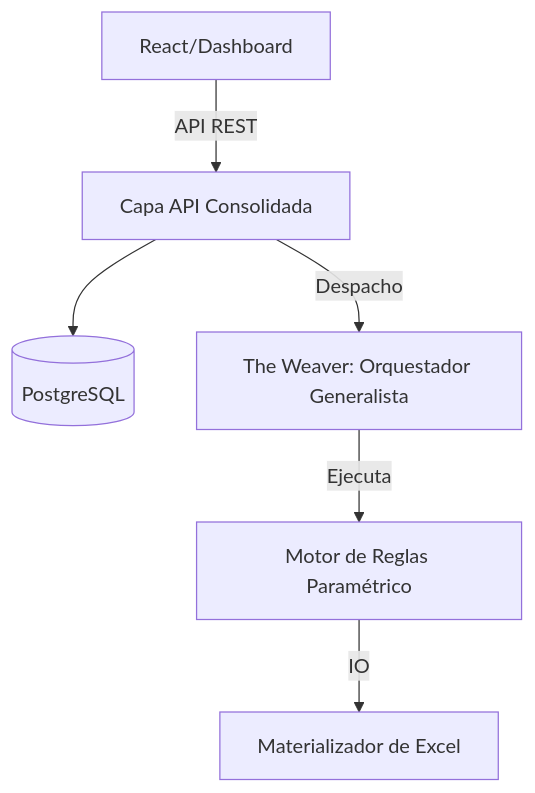
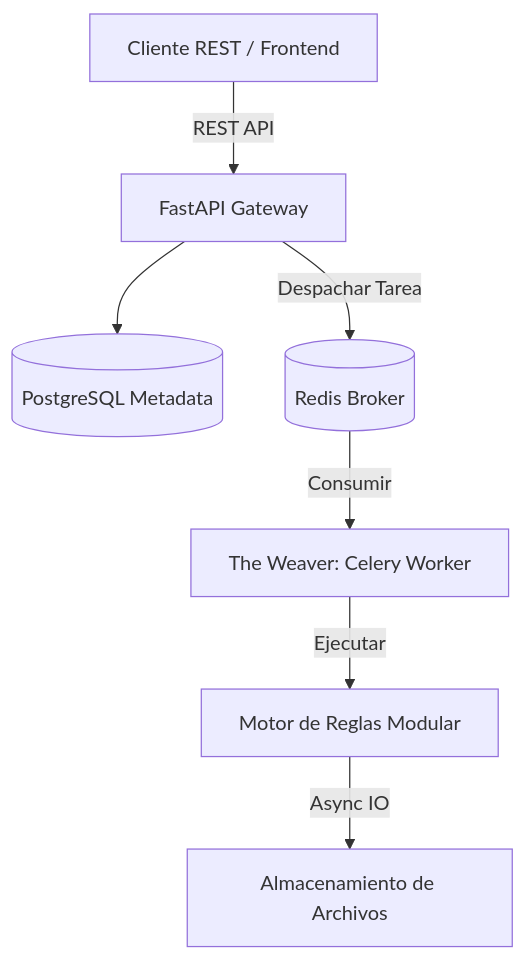
Before and after one commit to Medalcode/DataWeaver: the diagram in README.es.md, drawn with Mermaid. The commit also changed other lines of this file and 9 other files, not shown here.

````diff
--- a/README.es.md
+++ b/README.es.md
@@ -30,8 +30,9 @@
 ```mermaid
 graph TD
-    UI[React/Dashboard] -->|API REST| API[Capa API Consolidada]
-    API --> DB[(PostgreSQL)]
-    API -->|Despacho| Worker[The Weaver: Orquestador Generalista]
-    Worker -->|Ejecuta| Logic[Motor de Reglas Paramétrico]
-    Logic -->|IO| Files[Materializador de Excel]
+    UI[Cliente REST / Frontend] -->|REST API| API[FastAPI Gateway]
+    API --> DB[(PostgreSQL Metadata)]
+    API -->|Despachar Tarea| Redis[(Redis Broker)]
+    Redis -->|Consumir| Worker[The Weaver: Celery Worker]
+    Worker -->|Ejecutar| Logic[Motor de Reglas Modular]
+    Logic -->|Async IO| Files[Almacenamiento de Archivos]
 ```
````
